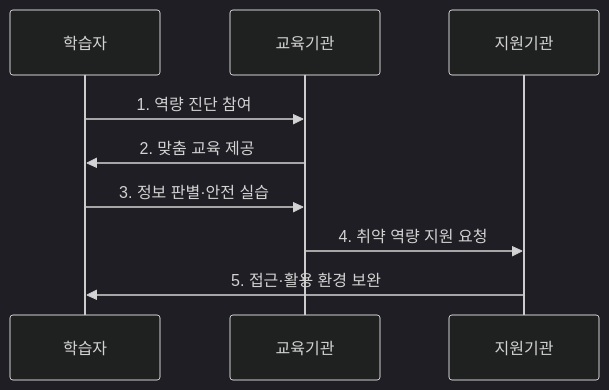
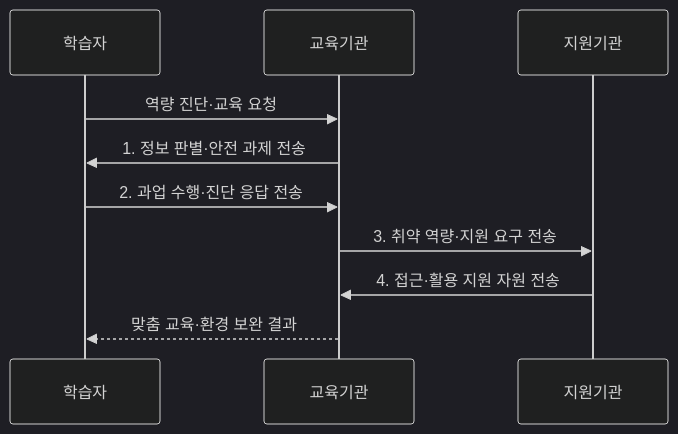
Before and after one commit to agnusdei1207/knowledge-base: the second of 2 diagrams in src/content/docs/notes/07-law-policy/012_digital_literacy.md, drawn with Mermaid (dark theme). The commit also changed other lines of this file and 20 other files, not shown here.

````diff
--- a/src/content/docs/notes/07-law-policy/012_digital_literacy.md
+++ b/src/content/docs/notes/07-law-policy/012_digital_literacy.md
@@ -74,11 +76,12 @@
 ```mermaid
 sequenceDiagram
     participant L as 학습자
     participant E as 교육기관
     participant S as 지원기관
-    L->>E: 1. 역량 진단 참여
-    E->>L: 2. 맞춤 교육 제공
-    L->>E: 3. 정보 판별·안전 실습
-    E->>S: 4. 취약 역량 지원 요청
-    S->>L: 5. 접근·활용 환경 보완
+    L->>E: 역량 진단·교육 요청
+    E->>L: 1. 정보 판별·안전 과제 전송
+    L->>E: 2. 과업 수행·진단 응답 전송
+    E->>S: 3. 취약 역량·지원 요구 전송
+    S->>E: 4. 접근·활용 지원 자원 전송
+    E-->>L: 맞춤 교육·환경 보완 결과
 ```
````
